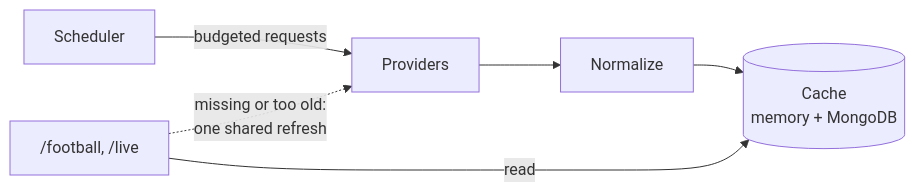
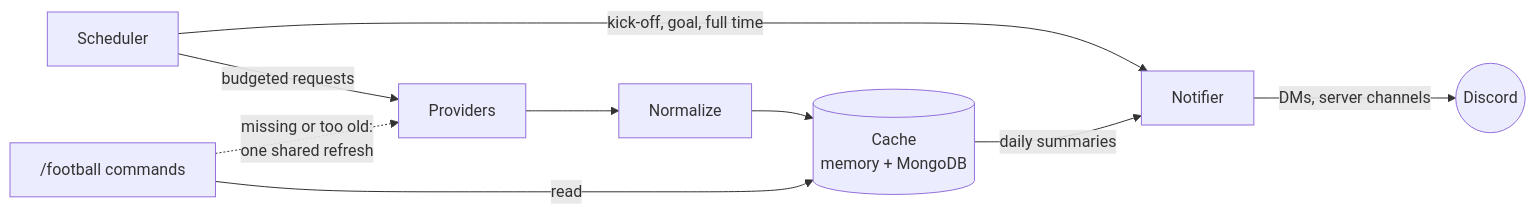
The second of 2 diagrams in README.md (viniciussaporto/ClimaBot), drawn with Mermaid before and after one commit. The commit also changed other lines of this file and 25 other files, not shown here.

````diff
--- a/README.md
+++ b/README.md
@@ -167,7 +170,10 @@
 ```mermaid
 flowchart LR
     S["Scheduler"] -->|budgeted requests| P["Providers"]
     P --> N["Normalize"] --> C[("Cache<br/>memory + MongoDB")]
-    U["/football, /live"] -->|read| C
+    U["/football commands"] -->|read| C
     U -.->|missing or too old:<br/>one shared refresh| P
+    S -->|kick-off, goal, full time| NT["Notifier"]
+    C -->|daily summaries| NT
+    NT -->|DMs, server channels| D((Discord))
 ```
````
